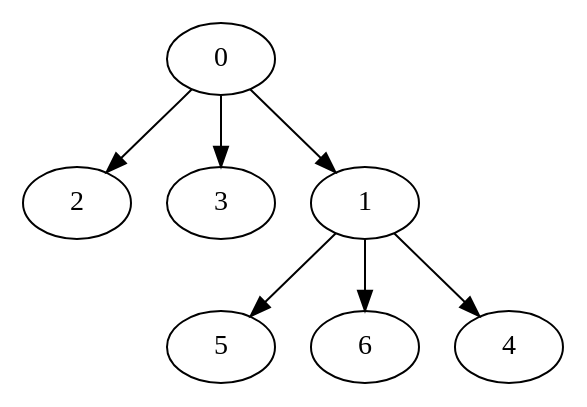
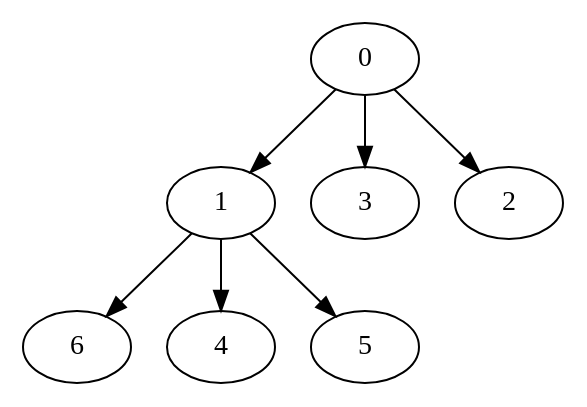
Before and after one commit to PJhaveri02/Task-Scheduler: the diagram in dot/Nodes_7_OutTree-output.dot, drawn with Graphviz. The commit also changed 4 other files, not shown here.

```diff
--- a/dot/Nodes_7_OutTree-output.dot
+++ b/dot/Nodes_7_OutTree-output.dot
@@ -1,15 +1,15 @@
 digraph "outputGraph" {
-		2	[Weight=5, Start=16, Processor=2]
-		0 -> 2   [Weight = 11];
+		0	[Weight=5, Start=0, Processor=1]
+		1	[Weight=6, Start=5, Processor=1]
+		0 -> 1   [Weight = 15];
+		6	[Weight=7, Start=11, Processor=1]
+		1 -> 6   [Weight = 21];
+		4	[Weight=4, Start=18, Processor=1]
+		1 -> 4   [Weight = 19];
+		5	[Weight=7, Start=15, Processor=2]
+		1 -> 5   [Weight = 4];
 		3	[Weight=6, Start=16, Processor=3]
 		0 -> 3   [Weight = 11];
-		0	[Weight=5, Start=0, Processor=4]
-		1	[Weight=6, Start=5, Processor=4]
-		0 -> 1   [Weight = 15];
-		5	[Weight=7, Start=11, Processor=4]
-		1 -> 5   [Weight = 4];
-		6	[Weight=7, Start=18, Processor=4]
-		1 -> 6   [Weight = 21];
-		4	[Weight=4, Start=25, Processor=4]
-		1 -> 4   [Weight = 19];
+		2	[Weight=5, Start=16, Processor=4]
+		0 -> 2   [Weight = 11];
 }
```
